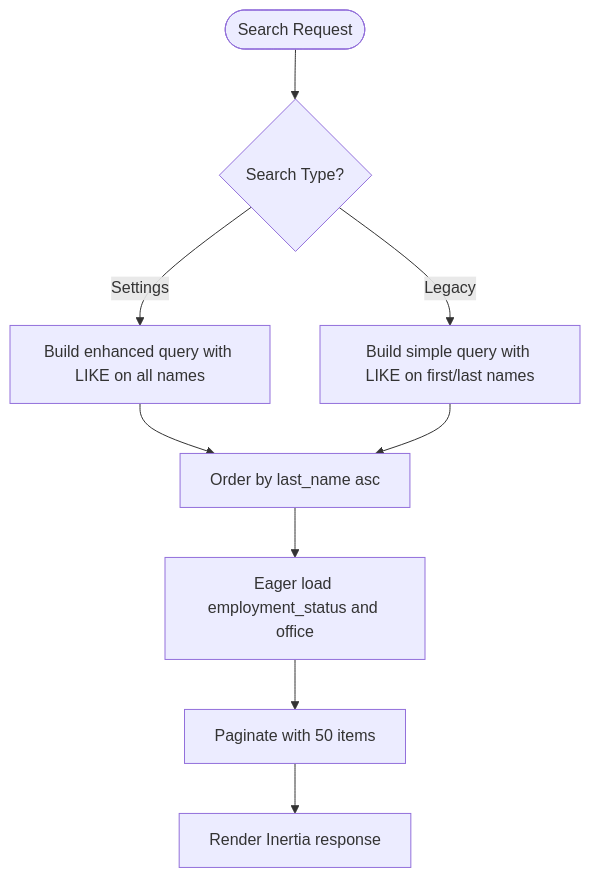
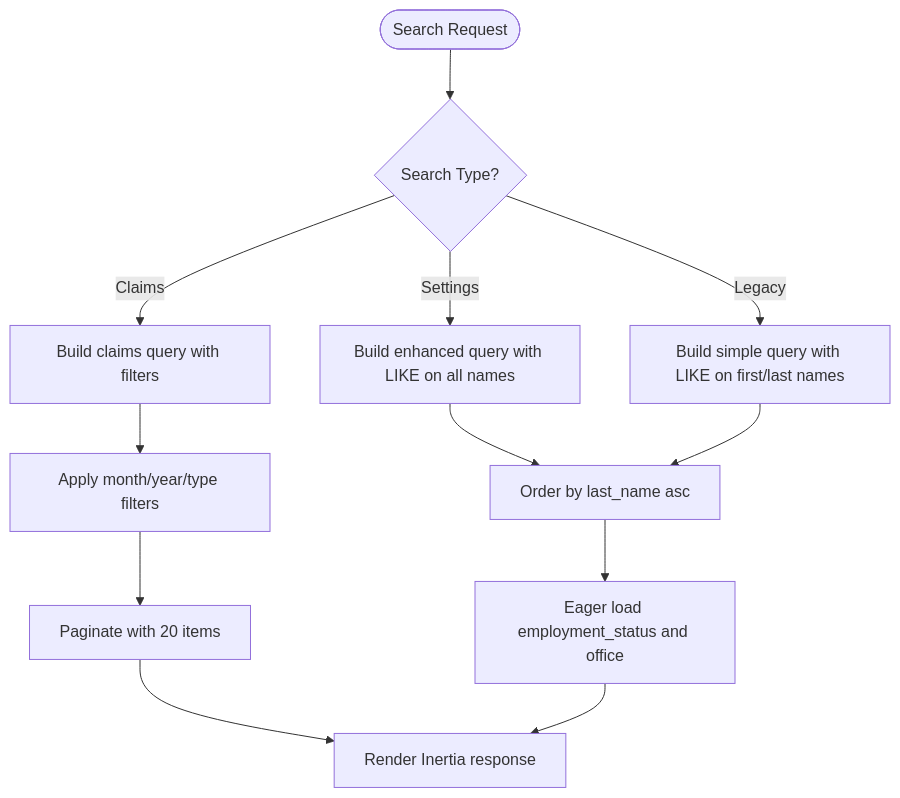
Before and after one commit to vincet0t15/template: the seventh of 9 diagrams in .qoder/repowiki/en/content/Employee Management/Employee Management.md, drawn with Mermaid. The commit also changed other lines of this file and 5 other files, not shown here.

````diff
--- a/.qoder/repowiki/en/content/Employee Management/Employee Management.md
+++ b/.qoder/repowiki/en/content/Employee Management/Employee Management.md
@@ -471,11 +635,14 @@
 ```mermaid
 flowchart TD
 Search(["Search Request"]) --> CheckType{"Search Type?"}
 CheckType --> |Settings| SettingsQuery["Build enhanced query with LIKE on all names"]
 CheckType --> |Legacy| LegacyQuery["Build simple query with LIKE on first/last names"]
+CheckType --> |Claims| ClaimsQuery["Build claims query with filters"]
 SettingsQuery --> Order["Order by last_name asc"]
 LegacyQuery --> Order
+ClaimsQuery --> FilterClaims["Apply month/year/type filters"]
+FilterClaims --> Paginate["Paginate with 20 items"]
 Order --> WithRelations["Eager load employment_status and office"]
-WithRelations --> Paginate["Paginate with 50 items"]
 Paginate --> Render["Render Inertia response"]
+WithRelations --> Render
 ```
````
